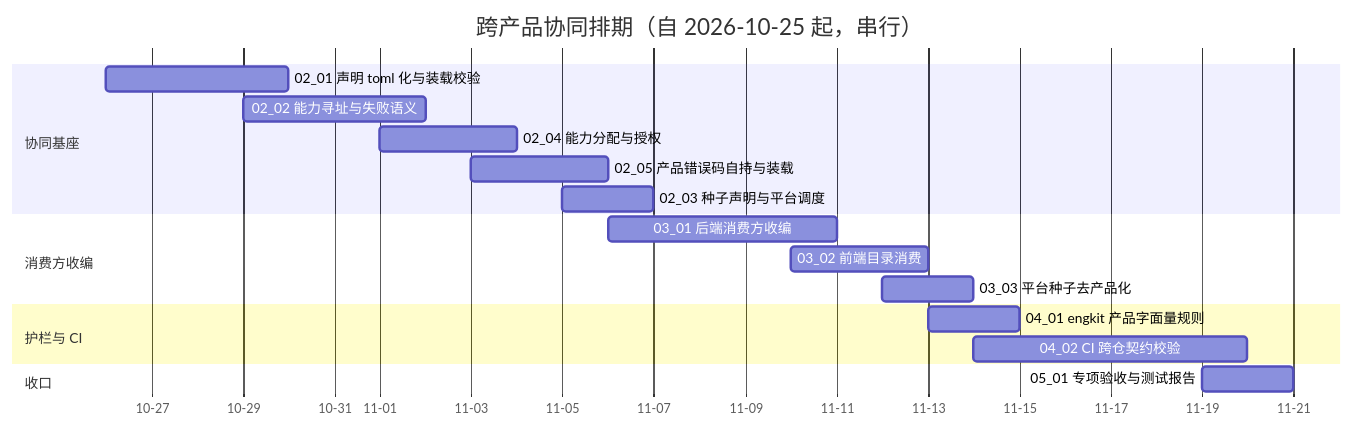
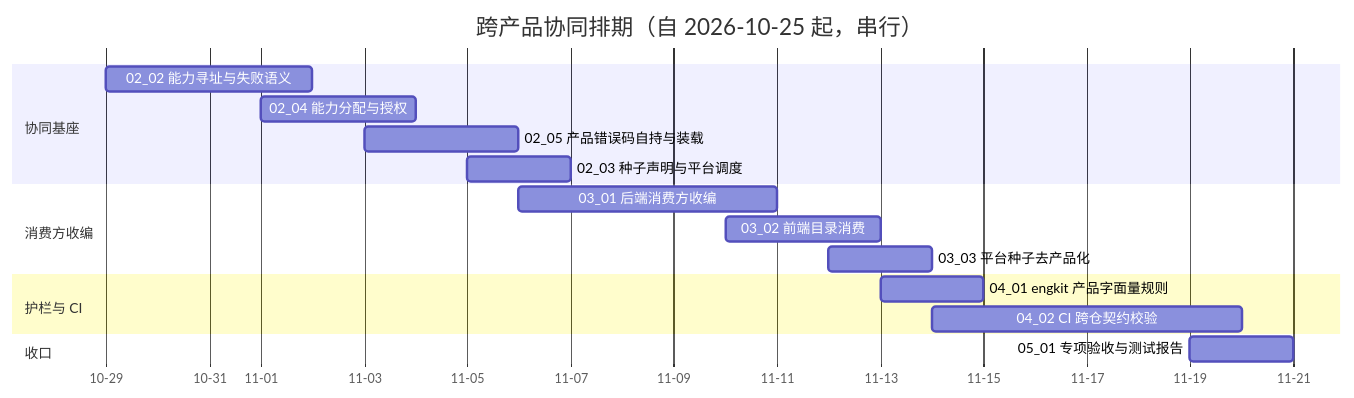
The diagram in bms文档/项目/07B_跨产品协同/计划/01_计划_跨产品协同.md (minjian123/basic-management-system), drawn with Mermaid before and after one commit. The commit also changed other lines of this file and 3 other files, not shown here.

````diff
--- a/bms文档/项目/07B_跨产品协同/计划/01_计划_跨产品协同.md
+++ b/bms文档/项目/07B_跨产品协同/计划/01_计划_跨产品协同.md
@@ -39,21 +39,20 @@
 ```mermaid
 gantt
     title 跨产品协同排期（自 2026-10-25 起，串行）
     dateFormat  YYYY-MM-DD
     axisFormat %m-%d
     section 协同基座
-    02_01 声明 toml 化与装载校验 :a0201, 2026-10-26, 4d
     02_02 能力寻址与失败语义 :a0202, 2026-10-29, 4d
     02_04 能力分配与授权 :a0204, 2026-11-01, 3d
     02_05 产品错误码自持与装载 :a0205, 2026-11-03, 3d
     02_03 种子声明与平台调度 :a0203, 2026-11-05, 2d
     section 消费方收编
     03_01 后端消费方收编 :a0301, 2026-11-06, 5d
     03_02 前端目录消费 :a0302, 2026-11-10, 3d
     03_03 平台种子去产品化 :a0303, 2026-11-12, 2d
     section 护栏与 CI
     04_01 engkit 产品字面量规则 :a0401, 2026-11-13, 2d
     04_02 CI 跨仓契约校验 :a0402, 2026-11-14, 6d
     section 收口
     05_01 专项验收与测试报告 :a0501, 2026-11-19, 2d
 ```
````
